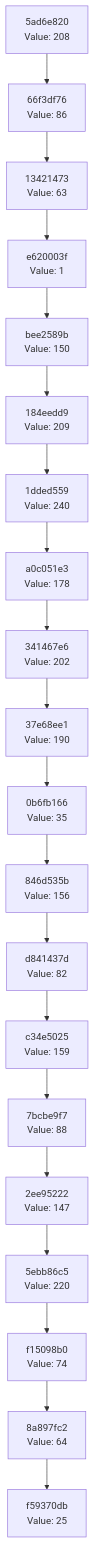
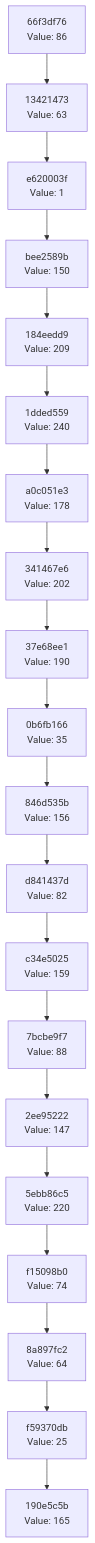
Before and after one commit to Abhisheksinha1506/hash-chain-evolver: the diagram in docs/CHAIN_VISUALIZATION.md, drawn with Mermaid. The commit also changed 1 other file, not shown here.

Commit message:
Evolution step: hash 0xA5 → action executed

````diff
--- a/docs/CHAIN_VISUALIZATION.md
+++ b/docs/CHAIN_VISUALIZATION.md
@@ -3,42 +3,42 @@
 ```mermaid
 graph TD
-    C0["f59370db<br/>Value: 25"]
-    C1["8a897fc2<br/>Value: 64"]
+    C0["190e5c5b<br/>Value: 165"]
+    C1["f59370db<br/>Value: 25"]
     C1 --> C0
-    C2["f15098b0<br/>Value: 74"]
+    C2["8a897fc2<br/>Value: 64"]
     C2 --> C1
-    C3["5ebb86c5<br/>Value: 220"]
+    C3["f15098b0<br/>Value: 74"]
     C3 --> C2
-    C4["2ee95222<br/>Value: 147"]
+    C4["5ebb86c5<br/>Value: 220"]
     C4 --> C3
-    C5["7bcbe9f7<br/>Value: 88"]
+    C5["2ee95222<br/>Value: 147"]
     C5 --> C4
-    C6["c34e5025<br/>Value: 159"]
+    C6["7bcbe9f7<br/>Value: 88"]
     C6 --> C5
-    C7["d841437d<br/>Value: 82"]
+    C7["c34e5025<br/>Value: 159"]
     C7 --> C6
-    C8["846d535b<br/>Value: 156"]
+    C8["d841437d<br/>Value: 82"]
     C8 --> C7
-    C9["0b6fb166<br/>Value: 35"]
+    C9["846d535b<br/>Value: 156"]
     C9 --> C8
-    C10["37e68ee1<br/>Value: 190"]
+    C10["0b6fb166<br/>Value: 35"]
     C10 --> C9
-    C11["341467e6<br/>Value: 202"]
+    C11["37e68ee1<br/>Value: 190"]
     C11 --> C10
-    C12["a0c051e3<br/>Value: 178"]
+    C12["341467e6<br/>Value: 202"]
     C12 --> C11
-    C13["1dded559<br/>Value: 240"]
+    C13["a0c051e3<br/>Value: 178"]
     C13 --> C12
-    C14["184eedd9<br/>Value: 209"]
+    C14["1dded559<br/>Value: 240"]
     C14 --> C13
-    C15["bee2589b<br/>Value: 150"]
+    C15["184eedd9<br/>Value: 209"]
     C15 --> C14
-    C16["e620003f<br/>Value: 1"]
+    C16["bee2589b<br/>Value: 150"]
     C16 --> C15
-    C17["13421473<br/>Value: 63"]
+    C17["e620003f<br/>Value: 1"]
     C17 --> C16
-    C18["66f3df76<br/>Value: 86"]
+    C18["13421473<br/>Value: 63"]
     C18 --> C17
-    C19["5ad6e820<br/>Value: 208"]
+    C19["66f3df76<br/>Value: 86"]
     C19 --> C18
 ```
````
